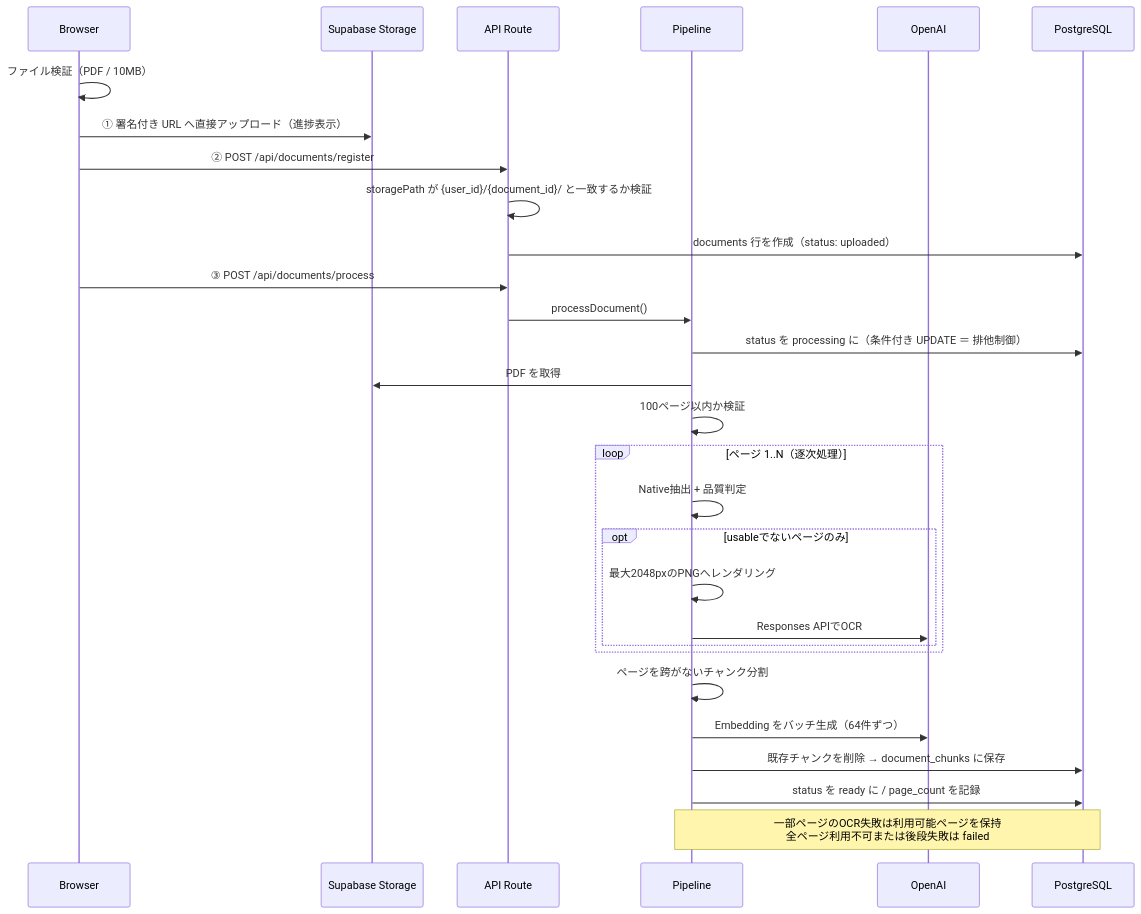
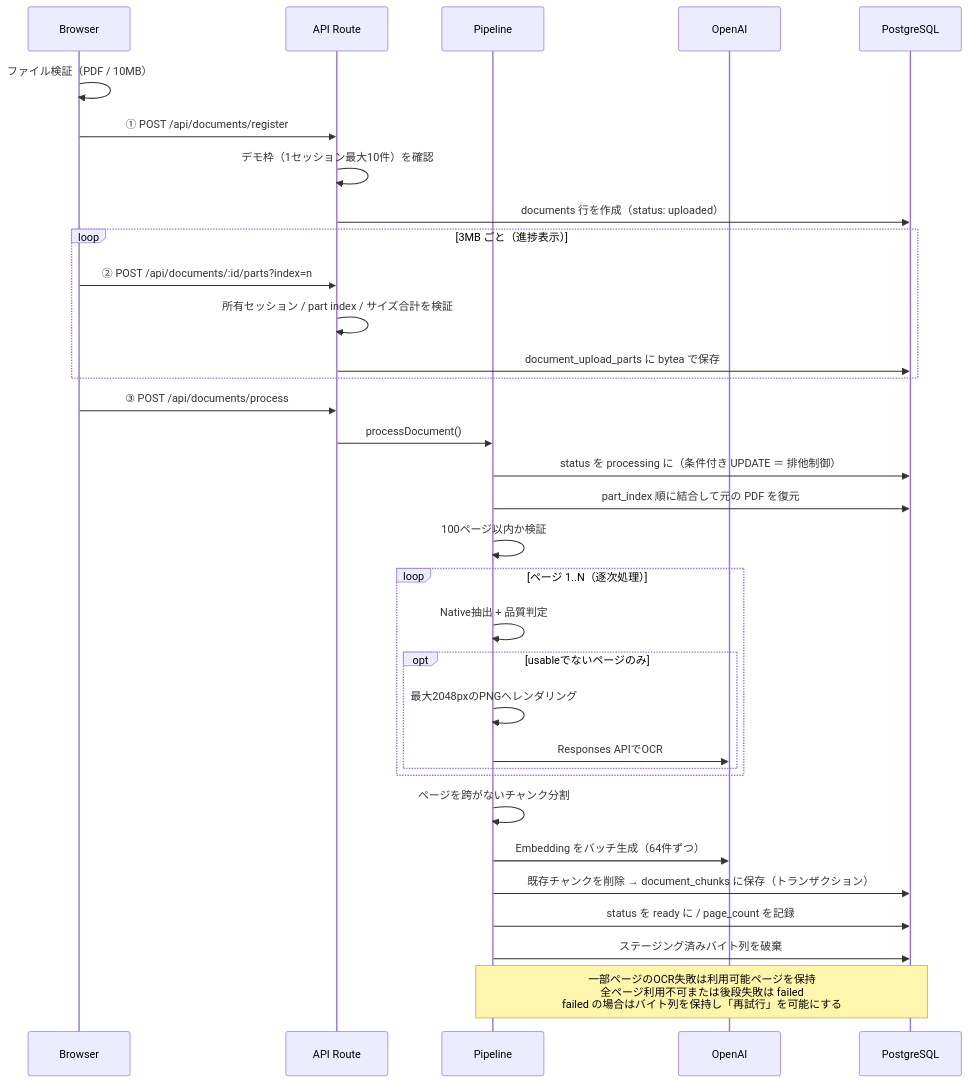
One commit to aicmode/enterprise-rag-knowledge-ai changed the second of 3 diagrams in README.md. Above: the diagram before and after it, drawn with Mermaid. The commit also changed other lines of this file and 67 other files, not shown here.

````diff
--- a/README.md
+++ b/README.md
@@ -212,32 +229,36 @@
 ```mermaid
 sequenceDiagram
     participant B as Browser
-    participant S as Supabase Storage
     participant A as API Route
     participant P as Pipeline
     participant O as OpenAI
     participant D as PostgreSQL
 
     B->>B: ファイル検証（PDF / 10MB）
-    B->>S: ① 署名付き URL へ直接アップロード（進捗表示）
-    B->>A: ② POST /api/documents/register
-    A->>A: storagePath が {user_id}/{document_id}/ と一致するか検証
+    B->>A: ① POST /api/documents/register
+    A->>A: デモ枠（1セッション最大10件）を確認
     A->>D: documents 行を作成（status: uploaded）
+    loop 3MB ごと（進捗表示）
+        B->>A: ② POST /api/documents/:id/parts?index=n
+        A->>A: 所有セッション / part index / サイズ合計を検証
+        A->>D: document_upload_parts に bytea で保存
+    end
     B->>A: ③ POST /api/documents/process
     A->>P: processDocument()
     P->>D: status を processing に（条件付き UPDATE ＝ 排他制御）
-    P->>S: PDF を取得
+    P->>D: part_index 順に結合して元の PDF を復元
     P->>P: 100ページ以内か検証
     loop ページ 1..N（逐次処理）
         P->>P: Native抽出 + 品質判定
         opt usableでないページのみ
             P->>P: 最大2048pxのPNGへレンダリング
             P->>O: Responses APIでOCR
         end
     end
     P->>P: ページを跨がないチャンク分割
     P->>O: Embedding をバッチ生成（64件ずつ）
-    P->>D: 既存チャンクを削除 → document_chunks に保存
+    P->>D: 既存チャンクを削除 → document_chunks に保存（トランザクション）
     P->>D: status を ready に / page_count を記録
-    Note over P,D: 一部ページのOCR失敗は利用可能ページを保持<br/>全ページ利用不可または後段失敗は failed
+    P->>D: ステージング済みバイト列を破棄
+    Note over P,D: 一部ページのOCR失敗は利用可能ページを保持<br/>全ページ利用不可または後段失敗は failed<br/>failed の場合はバイト列を保持し「再試行」を可能にする
 ```
````
